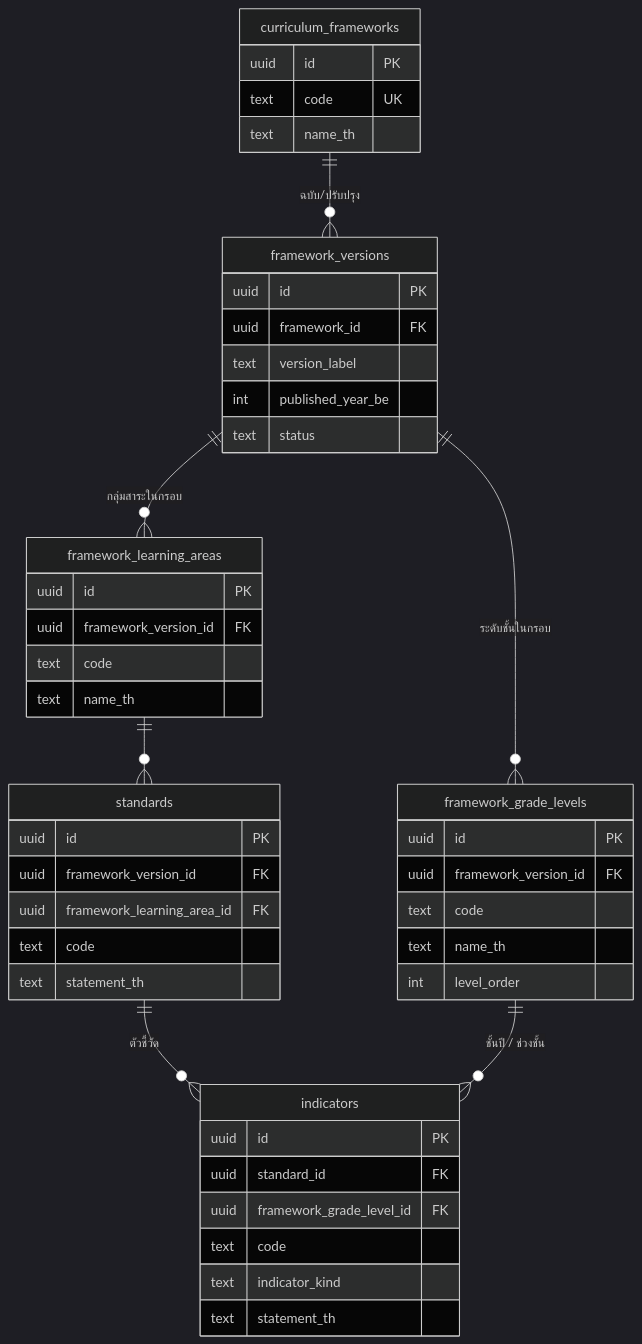
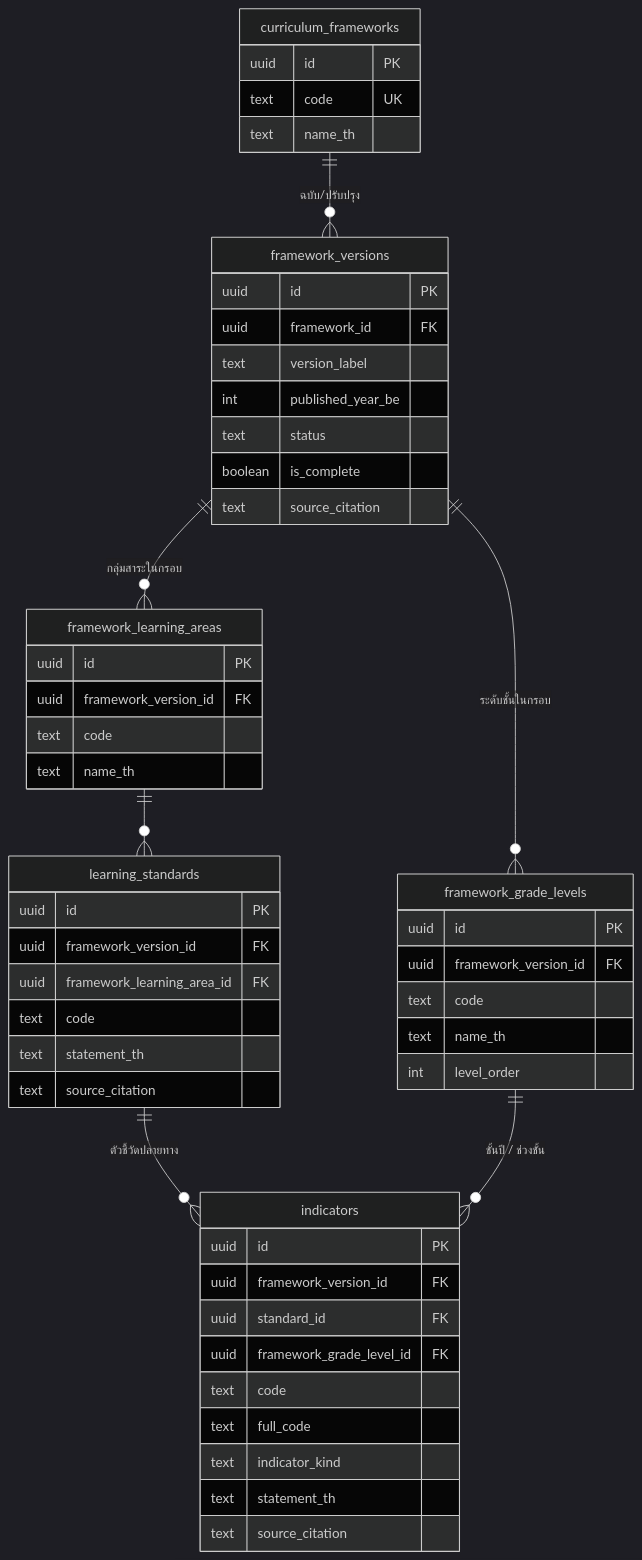
Before and after one commit to sakngamacademic-lang/academic-sakngam: the first of 3 diagrams in docs/architecture/CURRICULUM-ERD.md, drawn with Mermaid (dark theme). The commit also changed other lines of this file and 3 other files, not shown here.

First line of the commit message:
docs(curriculum): align ERD / data dictionary / import plan with migrations

````diff
--- a/docs/architecture/CURRICULUM-ERD.md
+++ b/docs/architecture/CURRICULUM-ERD.md
@@ -8,16 +8,16 @@
 ```mermaid
 erDiagram
   curriculum_frameworks ||--o{ framework_versions : "ฉบับ/ปรับปรุง"
   framework_versions ||--o{ framework_learning_areas : "กลุ่มสาระในกรอบ"
   framework_versions ||--o{ framework_grade_levels : "ระดับชั้นในกรอบ"
-  framework_learning_areas ||--o{ standards : ""
-  standards ||--o{ indicators : "ตัวชี้วัด"
+  framework_learning_areas ||--o{ learning_standards : ""
+  learning_standards ||--o{ indicators : "ตัวชี้วัดปลายทาง"
   framework_grade_levels ||--o{ indicators : "ชั้นปี / ช่วงชั้น"
 
   curriculum_frameworks { uuid id PK text code UK text name_th }
-  framework_versions { uuid id PK uuid framework_id FK text version_label int published_year_be text status }
+  framework_versions { uuid id PK uuid framework_id FK text version_label int published_year_be text status boolean is_complete text source_citation }
   framework_learning_areas { uuid id PK uuid framework_version_id FK text code text name_th }
   framework_grade_levels { uuid id PK uuid framework_version_id FK text code text name_th int level_order }
-  standards { uuid id PK uuid framework_version_id FK uuid framework_learning_area_id FK text code text statement_th }
-  indicators { uuid id PK uuid standard_id FK uuid framework_grade_level_id FK text code text indicator_kind text statement_th }
+  learning_standards { uuid id PK uuid framework_version_id FK uuid framework_learning_area_id FK text code text statement_th text source_citation }
+  indicators { uuid id PK uuid framework_version_id FK uuid standard_id FK uuid framework_grade_level_id FK text code text full_code text indicator_kind text statement_th text source_citation }
 ```
````
